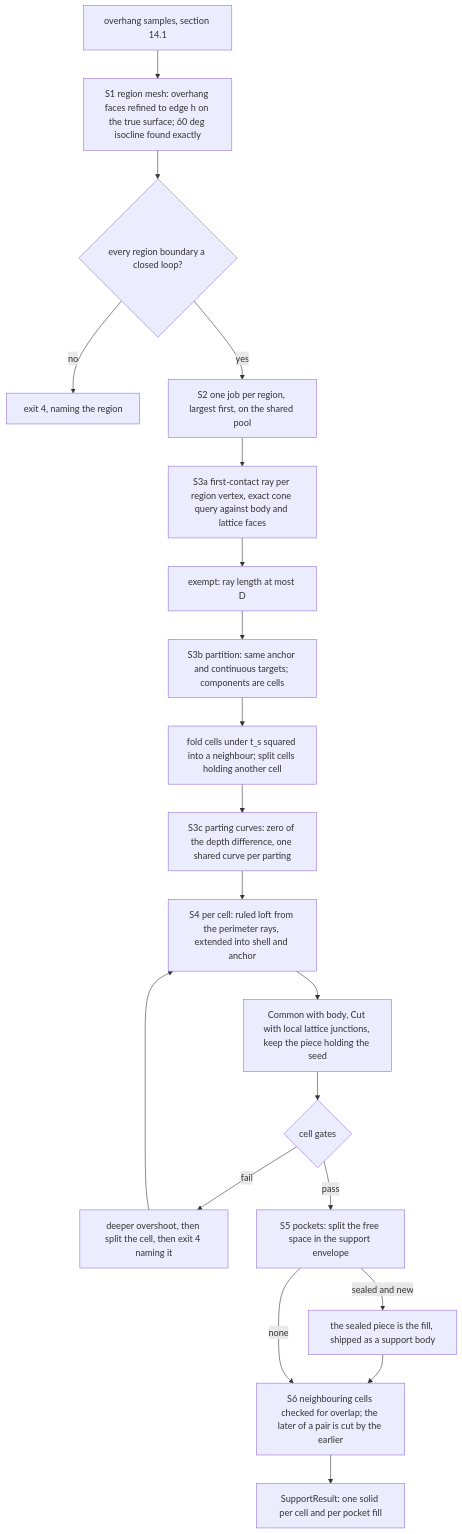
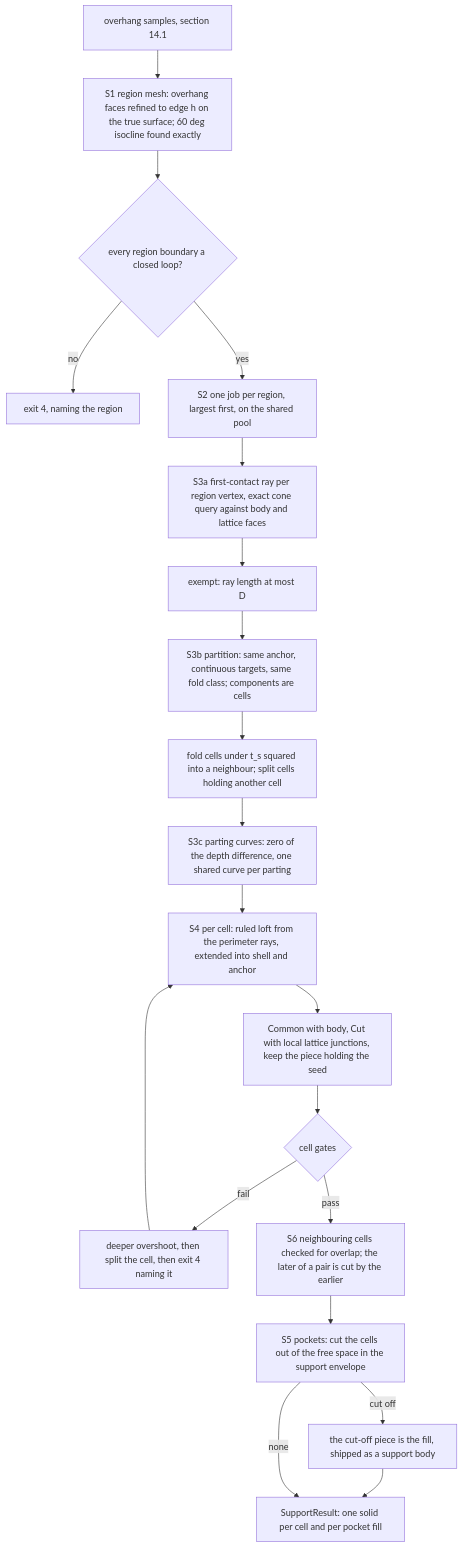
One commit to arnego/latticegen2 changed the third of 3 diagrams in docs/algorithm.md. Above: the diagram before and after it, drawn with Mermaid. The commit also changed other lines of this file and 7 other files, not shown here.

First line of the commit message:
Fill sealed pockets and split converging cells (Phase 5)

````diff
--- a/docs/algorithm.md
+++ b/docs/algorithm.md
@@ -2516,22 +2516,22 @@
 ```mermaid
 flowchart TD
     A[overhang samples, section 14.1] --> B[S1 region mesh: overhang faces refined to edge h on the true surface; 60 deg isocline found exactly]
     B --> B1{every region boundary a closed loop?}
     B1 -->|no| F1[exit 4, naming the region]
     B1 -->|yes| C[S2 one job per region, largest first, on the shared pool]
     C --> D[S3a first-contact ray per region vertex, exact cone query against body and lattice faces]
     D --> E[exempt: ray length at most D]
-    E --> G[S3b partition: same anchor and continuous targets; components are cells]
+    E --> G[S3b partition: same anchor, continuous targets, same fold class; components are cells]
     G --> H[fold cells under t_s squared into a neighbour; split cells holding another cell]
     H --> I[S3c parting curves: zero of the depth difference, one shared curve per parting]
     I --> J[S4 per cell: ruled loft from the perimeter rays, extended into shell and anchor]
     J --> K[Common with body, Cut with local lattice junctions, keep the piece holding the seed]
     K --> L{cell gates}
     L -->|fail| M[deeper overshoot, then split the cell, then exit 4 naming it]
     M --> J
-    L -->|pass| N[S5 pockets: split the free space in the support envelope]
-    N -->|sealed and new| O[the sealed piece is the fill, shipped as a support body]
-    O --> P
-    N -->|none| P[S6 neighbouring cells checked for overlap; the later of a pair is cut by the earlier]
-    P --> Q[SupportResult: one solid per cell and per pocket fill]
+    L -->|pass| P[S6 neighbouring cells checked for overlap; the later of a pair is cut by the earlier]
+    P --> N[S5 pockets: cut the cells out of the free space in the support envelope]
+    N -->|cut off| O[the cut-off piece is the fill, shipped as a support body]
+    O --> Q
+    N -->|none| Q[SupportResult: one solid per cell and per pocket fill]
 ```
````
